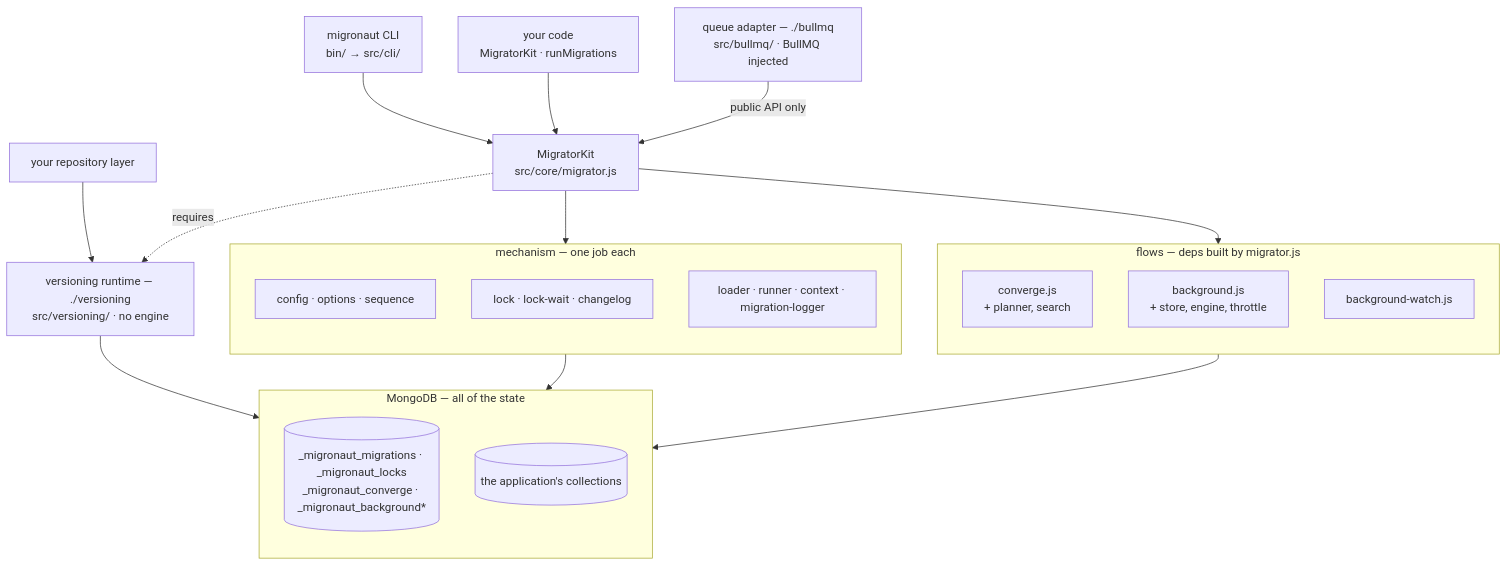
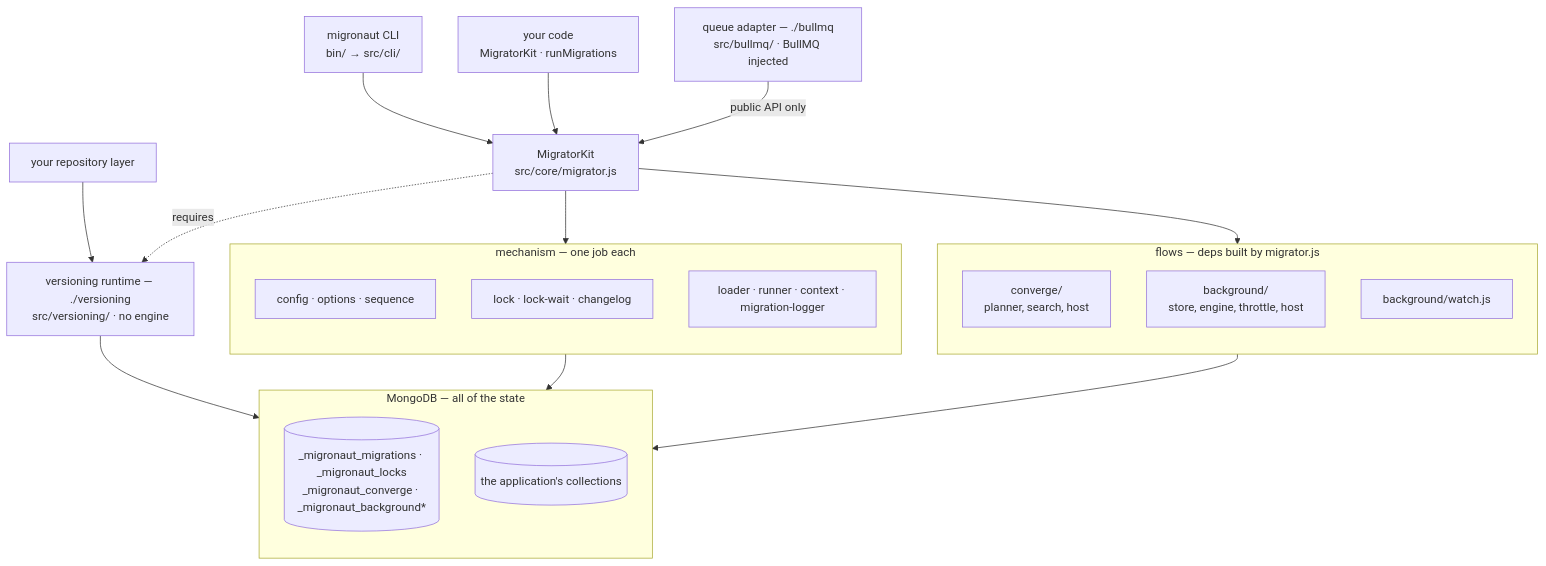
The first of 4 diagrams in ARCHITECTURE.md (Alexis-Technologies/migronaut), drawn with Mermaid before and after one commit. The commit also changed other lines of this file and 310 other files, not shown here.

````diff
--- a/ARCHITECTURE.md
+++ b/ARCHITECTURE.md
@@ -56,40 +56,40 @@
 ```mermaid
 flowchart TB
   accTitle: migronaut's entry points, engine and state
   CLI["migronaut CLI<br/>bin/ → src/cli/"]
   CODE["your code<br/>MigratorKit · runMigrations"]
   Q["queue adapter — ./bullmq<br/>src/bullmq/ · BullMQ injected"]
   APP["your repository layer"]
 
   KIT["MigratorKit<br/>src/core/migrator.js"]
   V["versioning runtime — ./versioning<br/>src/versioning/ · no engine"]
 
   subgraph MECH ["mechanism — one job each"]
     direction TB
     M1["config · options · sequence"]
     M2["lock · lock-wait · changelog"]
     M3["loader · runner · context · migration-logger"]
   end
   subgraph FLOWS ["flows — deps built by migrator.js"]
     direction TB
-    F1["converge.js<br/>+ planner, search"]
-    F2["background.js<br/>+ store, engine, throttle"]
-    F3["background-watch.js"]
+    F1["converge/<br/>planner, search, host"]
+    F2["background/<br/>store, engine, throttle, host"]
+    F3["background/watch.js"]
   end
 
   subgraph DB ["MongoDB — all of the state"]
     direction TB
     S1[("_migronaut_migrations · _migronaut_locks<br/>_migronaut_converge · _migronaut_background*")]
     S2[("the application's collections")]
   end
 
   CLI --> KIT
   CODE --> KIT
   Q -- "public API only" --> KIT
   KIT --> MECH
   KIT --> FLOWS
   MECH --> DB
   FLOWS --> DB
   KIT -. "requires" .-> V
   APP --> V --> S2
 ```
````
